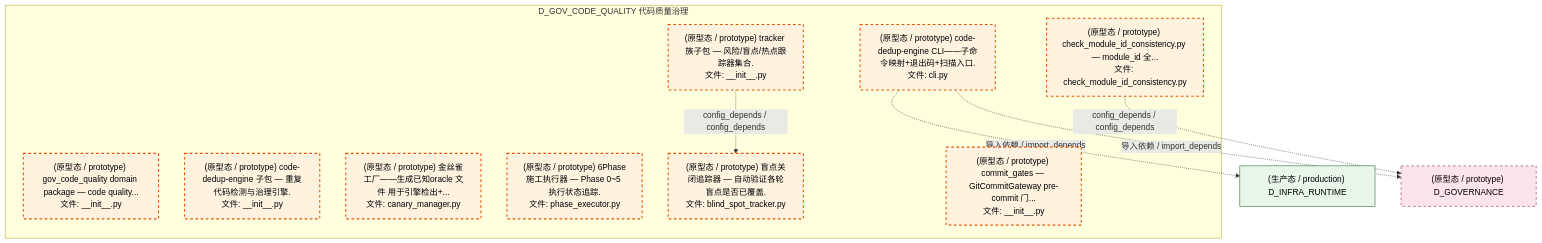
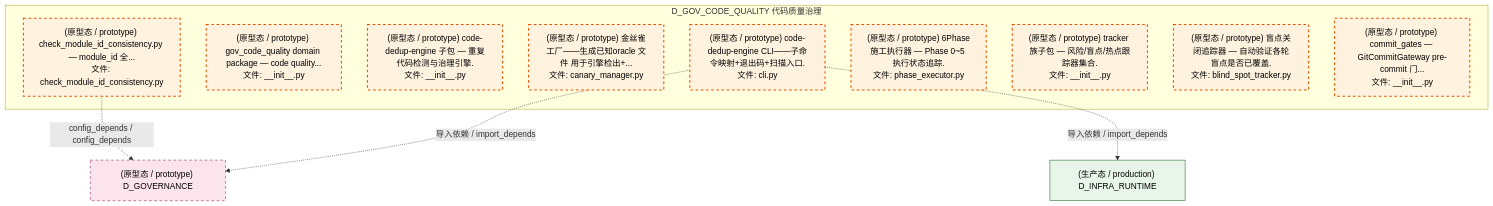
One commit to xuanFelixVan/ZephyrAlpha changed the sixth of 7 diagrams in docs/02_enterprise_architecture/02_domain_architecture_docs/14_d_gov_code_quality.md. Above: the diagram before and after it, drawn with Mermaid. The commit also changed other lines of this file and 122 other files, not shown here.

````diff
--- a/docs/02_enterprise_architecture/02_domain_architecture_docs/14_d_gov_code_quality.md
+++ b/docs/02_enterprise_architecture/02_domain_architecture_docs/14_d_gov_code_quality.md
@@ -635,27 +635,26 @@
 ```mermaid
 graph TD
     subgraph D_GOV_CODE_QUALITY["D_GOV_CODE_QUALITY 代码质量治理"]
         scripts_governance_d7_code_check_module_id_consistency_py["(原型态 / prototype) check_module_id_consistency.py — module_id 全...<br/>文件: check_module_id_consistency.py"]
         src_zephyr_gov_code_quality_init_py["(原型态 / prototype) gov_code_quality domain package — code quality...<br/>文件: __init__.py"]
         src_zephyr_gov_code_quality_code_dedup_init_py["(原型态 / prototype) code-dedup-engine 子包 — 重复代码检测与治理引擎.<br/>文件: __init__.py"]
         src_zephyr_gov_code_quality_code_dedup_canary_manager_py["(原型态 / prototype) 金丝雀工厂——生成已知oracle 文件 用于引擎检出+...<br/>文件: canary_manager.py"]
         src_zephyr_gov_code_quality_code_dedup_cli_py["(原型态 / prototype) code-dedup-engine CLI——子命令映射+退出码+扫描入口.<br/>文件: cli.py"]
         src_zephyr_gov_code_quality_code_dedup_phase_executor_py["(原型态 / prototype) 6Phase施工执行器 — Phase 0~5 执行状态追踪.<br/>文件: phase_executor.py"]
         src_zephyr_gov_code_quality_code_dedup_trackers_init_py["(原型态 / prototype) tracker 族子包 — 风险/盲点/热点跟踪器集合.<br/>文件: __init__.py"]
         src_zephyr_gov_code_quality_code_dedup_trackers_blind_spot_tracker_py["(原型态 / prototype) 盲点关闭追踪器 — 自动验证各轮盲点是否已覆盖.<br/>文件: blind_spot_tracker.py"]
         src_zephyr_gov_enforcement_commit_gates_init_py["(原型态 / prototype) commit_gates — GitCommitGateway pre-commit 门...<br/>文件: __init__.py"]
     end
-    src_zephyr_gov_code_quality_code_dedup_trackers_init_py -.->|config_depends / config_depends| src_zephyr_gov_code_quality_code_dedup_trackers_blind_spot_tracker_py
     D_INFRA_RUNTIME["(生产态 / production) D_INFRA_RUNTIME"]
     src_zephyr_gov_code_quality_code_dedup_cli_py -.->|导入依赖 / import_depends| D_INFRA_RUNTIME
     D_GOVERNANCE["(原型态 / prototype) D_GOVERNANCE"]
     src_zephyr_gov_code_quality_code_dedup_cli_py -.->|导入依赖 / import_depends| D_GOVERNANCE
     scripts_governance_d7_code_check_module_id_consistency_py -.->|config_depends / config_depends| D_GOVERNANCE
     classDef production fill:#e1f5fe,stroke:#01579b,stroke-width:2px,color:#000
     classDef design fill:#fff3e0,stroke:#e65100,stroke-width:2px,color:#000,stroke-dasharray: 5 5
     classDef external_prod fill:#e8f5e9,stroke:#1b5e20,stroke-width:1px,color:#000
     classDef external_design fill:#fce4ec,stroke:#880e4f,stroke-width:1px,color:#000,stroke-dasharray: 5 5
     class scripts_governance_d7_code_check_module_id_consistency_py,src_zephyr_gov_code_quality_init_py,src_zephyr_gov_code_quality_code_dedup_init_py,src_zephyr_gov_code_quality_code_dedup_canary_manager_py,src_zephyr_gov_code_quality_code_dedup_cli_py,src_zephyr_gov_code_quality_code_dedup_phase_executor_py,src_zephyr_gov_code_quality_code_dedup_trackers_init_py,src_zephyr_gov_code_quality_code_dedup_trackers_blind_spot_tracker_py,src_zephyr_gov_enforcement_commit_gates_init_py design
     class D_INFRA_RUNTIME external_prod
     class D_GOVERNANCE external_design
 ```
````
